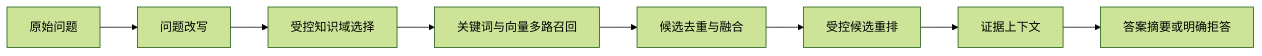
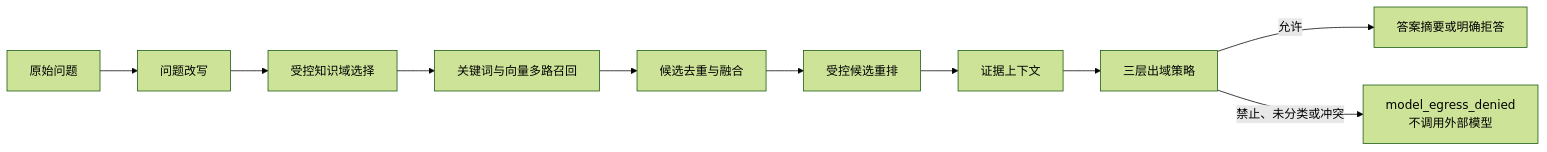
One commit to KyriosoO/springcloud-demo changed the third of 4 diagrams in docs/design/SINGLE_AGENT_ARCHITECTURE.md. Above: the diagram before and after it, drawn with Mermaid (forest theme). The commit also changed other lines of this file and 2 other files, not shown here.

````diff
--- a/docs/design/SINGLE_AGENT_ARCHITECTURE.md
+++ b/docs/design/SINGLE_AGENT_ARCHITECTURE.md
@@ -425,19 +453,22 @@
 ```mermaid
 flowchart LR
     Question["原始问题"]
     Rewrite["问题改写"]
     Domains["受控知识域选择"]
     Recall["关键词与向量多路召回"]
     Fusion["候选去重与融合"]
     Rerank["受控候选重排"]
     Evidence["证据上下文"]
+    Egress["三层出域策略"]
     Answer["答案摘要或明确拒答"]
 
     Question --> Rewrite
     Rewrite --> Domains
     Domains --> Recall
     Recall --> Fusion
     Fusion --> Rerank
     Rerank --> Evidence
-    Evidence --> Answer
+    Evidence --> Egress
+    Egress -->|"允许"| Answer
+    Egress -->|"禁止、未分类或冲突"| Denied["model_egress_denied<br/>不调用外部模型"]
 ```
````
